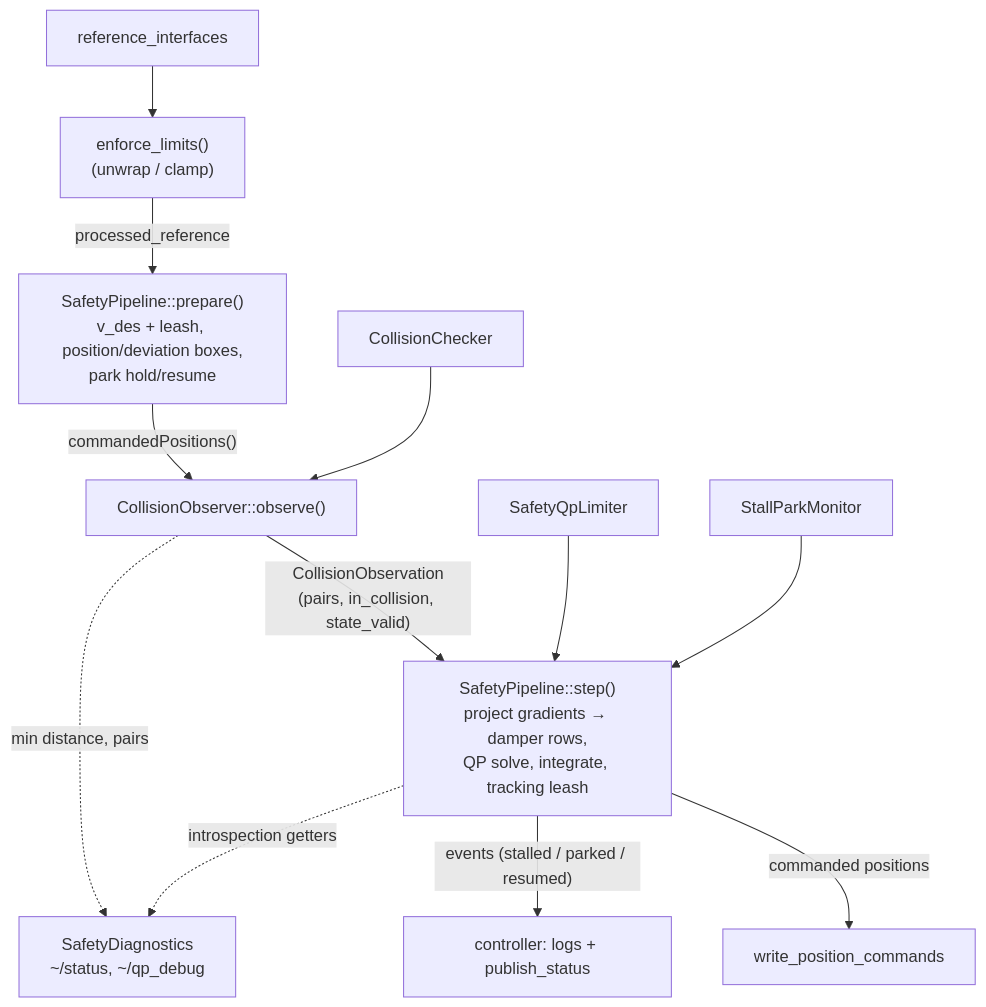
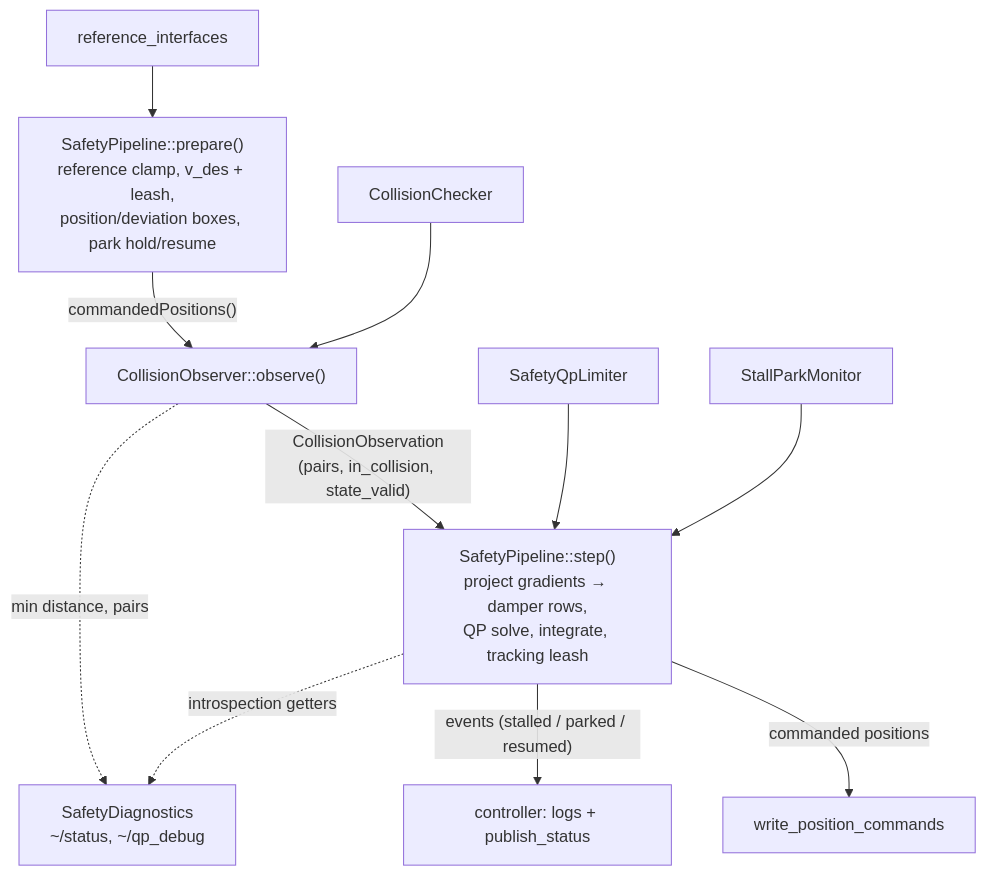
Before and after one commit to tu-darmstadt-ros-pkg/hector_ros_controllers: the diagram in hector_ros_controllers/src/safety_position_controller/README.md, drawn with Mermaid. The commit also changed 12 other files, not shown here.

First line of the commit message:
Fold reference limit handling into the safety pipeline

````diff
--- a/hector_ros_controllers/src/safety_position_controller/README.md
+++ b/hector_ros_controllers/src/safety_position_controller/README.md
@@ -29,14 +29,13 @@
 ```mermaid
 flowchart TB
-    REF[reference_interfaces] --> EL["enforce_limits()<br/>(unwrap / clamp)"]
-    EL -->|processed_reference| P1["SafetyPipeline::prepare()<br/>v_des + leash, position/deviation boxes,<br/>park hold/resume"]
+    REF[reference_interfaces] --> P1["SafetyPipeline::prepare()<br/>reference clamp, v_des + leash,<br/>position/deviation boxes, park hold/resume"]
     P1 -->|"commandedPositions()"| OBS["CollisionObserver::observe()"]
     CC[CollisionChecker] --> OBS
     OBS -->|"CollisionObservation<br/>(pairs, in_collision, state_valid)"| P2["SafetyPipeline::step()<br/>project gradients → damper rows,<br/>QP solve, integrate, tracking leash"]
     QP[SafetyQpLimiter] --> P2
     SPM[StallParkMonitor] --> P2
     P2 -->|commanded positions| W[write_position_commands]
     P2 -->|"events (stalled / parked / resumed)"| CTRL["controller: logs + publish_status"]
     P2 -.->|introspection getters| DIAG["SafetyDiagnostics<br/>~/status, ~/qp_debug"]
     OBS -.->|min distance, pairs| DIAG
 ```
````
